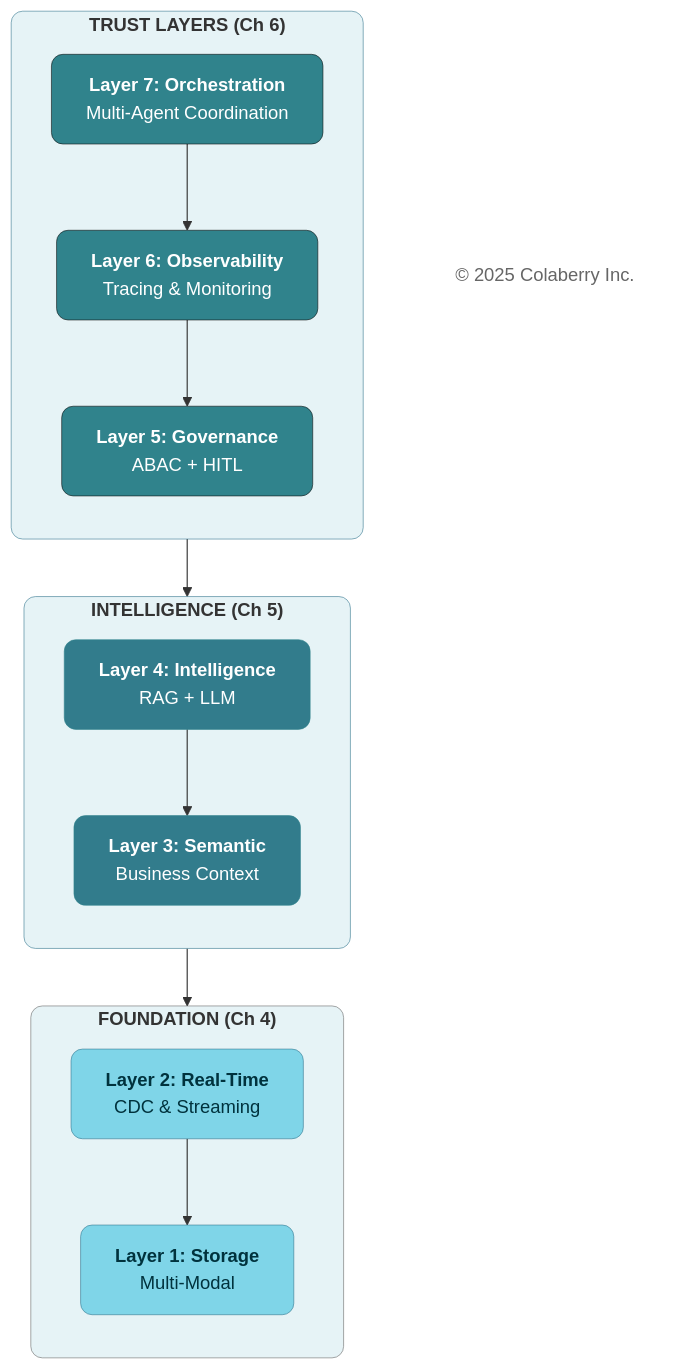
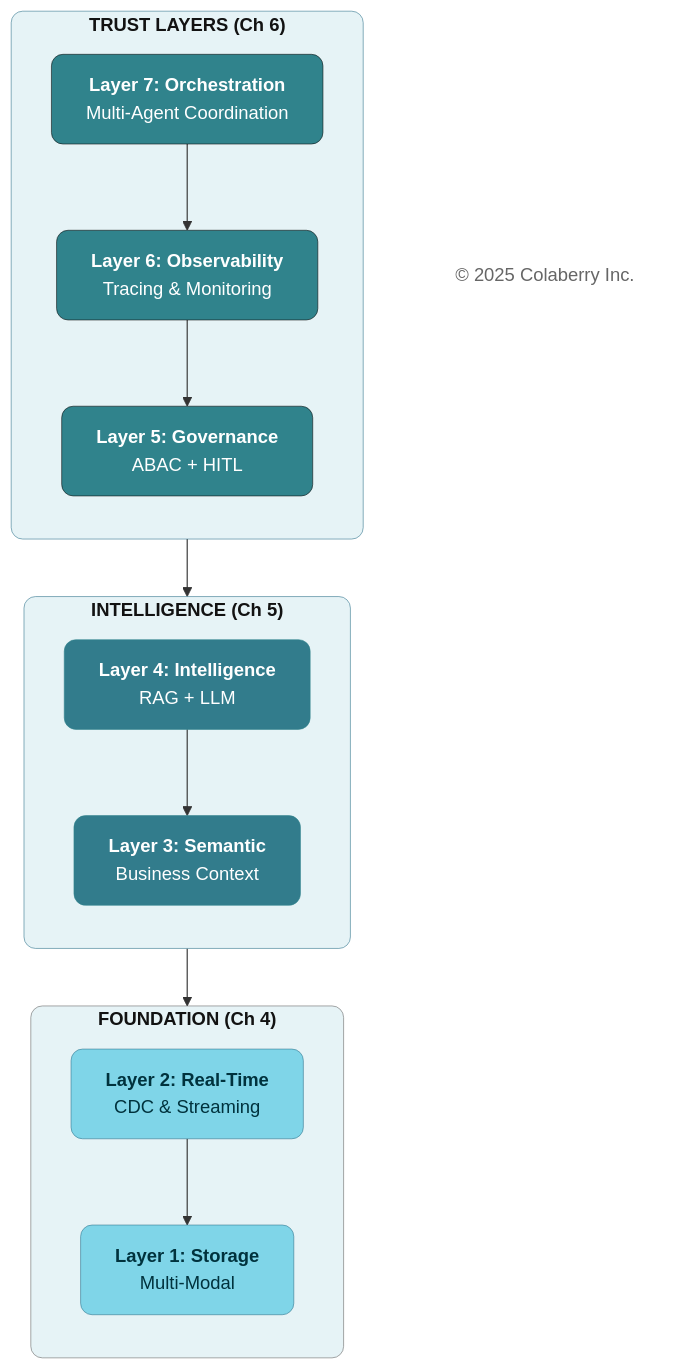
The third of 14 diagrams in manuscript/07_chapter_6_transparency_orchestration_layers.md (saitejesh-cyber/trust-before-intelligence-book), drawn with Mermaid before and after one commit. The commit also changed other lines of this file and 12 other files, not shown here.

````diff
--- a/manuscript/07_chapter_6_transparency_orchestration_layers.md
+++ b/manuscript/07_chapter_6_transparency_orchestration_layers.md
@@ -127,37 +127,37 @@
 ```mermaid
 graph TB
     subgraph TRUST_SUB["<b>TRUST LAYERS (Ch 6)</b>"]
         direction TB
         L7["<b>Layer 7: Orchestration</b><br/>Multi-Agent Coordination"]
         L6["<b>Layer 6: Observability</b><br/>Tracing & Monitoring"]
         L5["<b>Layer 5: Governance</b><br/>ABAC + HITL"]
     end
     
     subgraph INTEL_SUB["<b>INTELLIGENCE (Ch 5)</b>"]
         direction TB
         L4["<b>Layer 4: Intelligence</b><br/>RAG + LLM"]
         L3["<b>Layer 3: Semantic</b><br/>Business Context"]
     end
     
     subgraph FOUND_SUB["<b>FOUNDATION (Ch 4)</b>"]
         direction TB
         L2["<b>Layer 2: Real-Time</b><br/>CDC & Streaming"]
         L1["<b>Layer 1: Storage</b><br/>Multi-Modal"]
     end
     
     Copyright["© 2025 Colaberry Inc."]
     
     L7 --> L6 --> L5 --> L4 --> L3 --> L2 --> L1
     
-    style TRUST_SUB fill:#E6F3F6,stroke:#32738C,stroke-width:0.5px,rx:10,ry:10
-    style INTEL_SUB fill:#E6F3F6,stroke:#32738C,stroke-width:0.5px,rx:10,ry:10
-    style FOUND_SUB fill:#E6F3F6,stroke:#666666,stroke-width:0.5px,rx:10,ry:10
+    style TRUST_SUB fill:#E6F3F6,stroke:#32738C,stroke-width:0.5px,color:#121212,rx:10,ry:10
+    style INTEL_SUB fill:#E6F3F6,stroke:#32738C,stroke-width:0.5px,color:#121212,rx:10,ry:10
+    style FOUND_SUB fill:#E6F3F6,stroke:#666666,stroke-width:0.5px,color:#121212,rx:10,ry:10
     style L7 fill:#30838C,color:#ffffff,stroke:#0D0D0D,stroke-width:0.5px,rx:10,ry:10
     style L6 fill:#30838C,color:#ffffff,stroke:#0D0D0D,stroke-width:0.5px,rx:10,ry:10
     style L5 fill:#30838C,color:#ffffff,stroke:#0D0D0D,stroke-width:0.5px,rx:10,ry:10
     style L4 fill:#327C8C,stroke:#30838C,stroke-width:0.5px,color:#ffffff,rx:10,ry:10
     style L3 fill:#327C8C,stroke:#30838C,stroke-width:0.5px,color:#ffffff,rx:10,ry:10
     style L2 fill:#7FD5E8,stroke:#32738C,stroke-width:0.5px,color:#00323D,rx:10,ry:10
     style L1 fill:#7FD5E8,stroke:#32738C,stroke-width:0.5px,color:#00323D,rx:10,ry:10
     style Copyright fill:none,stroke:none,color:#666666
 ```
````
